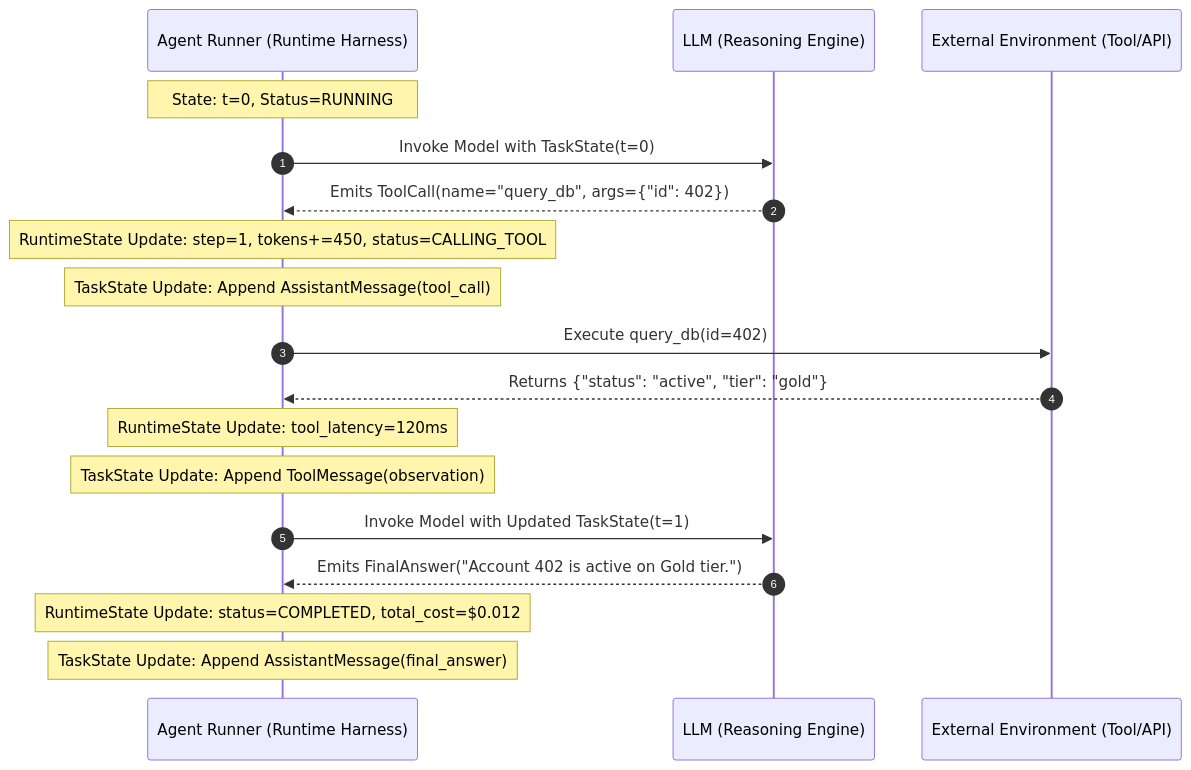
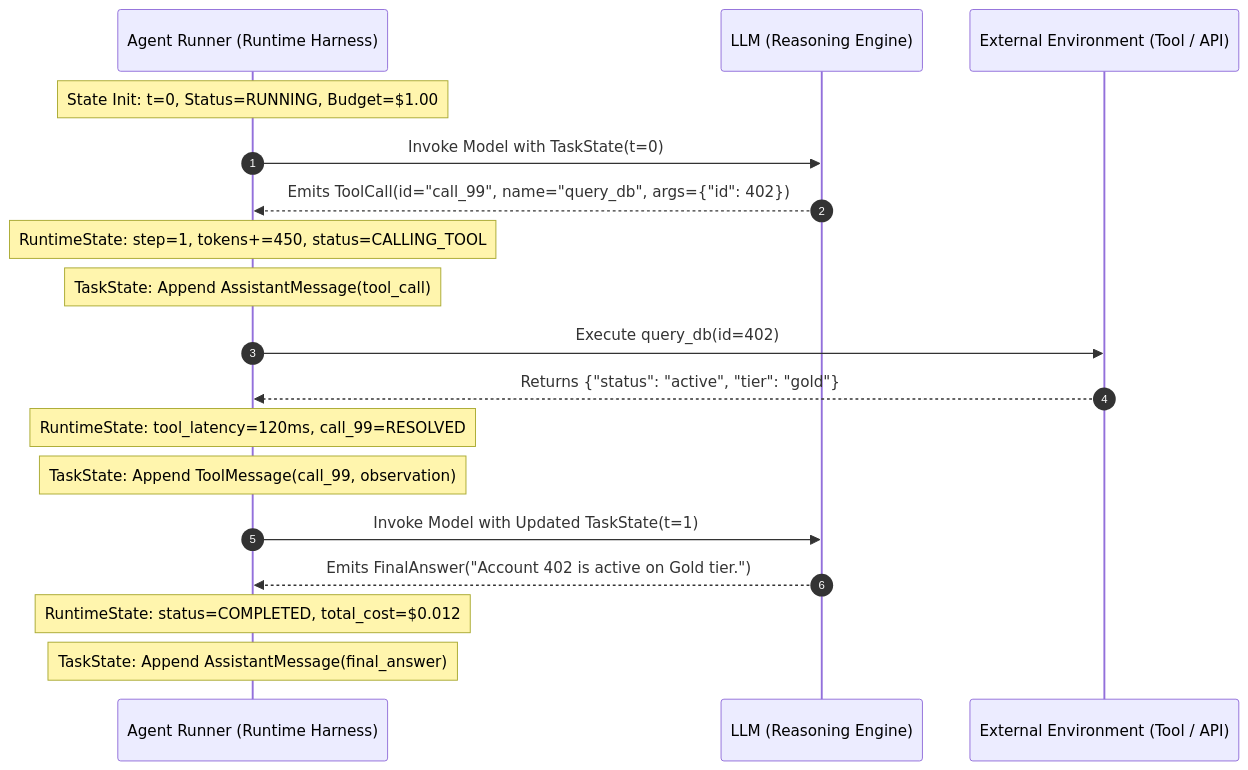
The sixth of 6 diagrams in module-01-agentic-ai-foundations/content/02-anatomy-of-an-agent-and-state.md (sivaskm/agentic-ai-engineering), drawn with Mermaid before and after one commit. The commit also changed other lines of this file, not shown here.

````diff
--- a/module-01-agentic-ai-foundations/content/02-anatomy-of-an-agent-and-state.md
+++ b/module-01-agentic-ai-foundations/content/02-anatomy-of-an-agent-and-state.md
@@ -223,26 +221,26 @@
 ```mermaid
 sequenceDiagram
     autonumber
     participant Harness as Agent Runner (Runtime Harness)
     participant Model as LLM (Reasoning Engine)
-    participant Env as External Environment (Tool/API)
+    participant Env as External Environment (Tool / API)
 
-    Note over Harness: State: t=0, Status=RUNNING
+    Note over Harness: State Init: t=0, Status=RUNNING, Budget=$1.00
     Harness->>Model: Invoke Model with TaskState(t=0)
-    Model-->>Harness: Emits ToolCall(name="query_db", args={"id": 402})
+    Model-->>Harness: Emits ToolCall(id="call_99", name="query_db", args={"id": 402})
     
-    Note over Harness: RuntimeState Update: step=1, tokens+=450, status=CALLING_TOOL
-    Note over Harness: TaskState Update: Append AssistantMessage(tool_call)
+    Note over Harness: RuntimeState: step=1, tokens+=450, status=CALLING_TOOL
+    Note over Harness: TaskState: Append AssistantMessage(tool_call)
     
     Harness->>Env: Execute query_db(id=402)
     Env-->>Harness: Returns {"status": "active", "tier": "gold"}
     
-    Note over Harness: RuntimeState Update: tool_latency=120ms
-    Note over Harness: TaskState Update: Append ToolMessage(observation)
+    Note over Harness: RuntimeState: tool_latency=120ms, call_99=RESOLVED
+    Note over Harness: TaskState: Append ToolMessage(call_99, observation)
     
     Harness->>Model: Invoke Model with Updated TaskState(t=1)
     Model-->>Harness: Emits FinalAnswer("Account 402 is active on Gold tier.")
     
-    Note over Harness: RuntimeState Update: status=COMPLETED, total_cost=$0.012
-    Note over Harness: TaskState Update: Append AssistantMessage(final_answer)
+    Note over Harness: RuntimeState: status=COMPLETED, total_cost=$0.012
+    Note over Harness: TaskState: Append AssistantMessage(final_answer)
 ```
````
